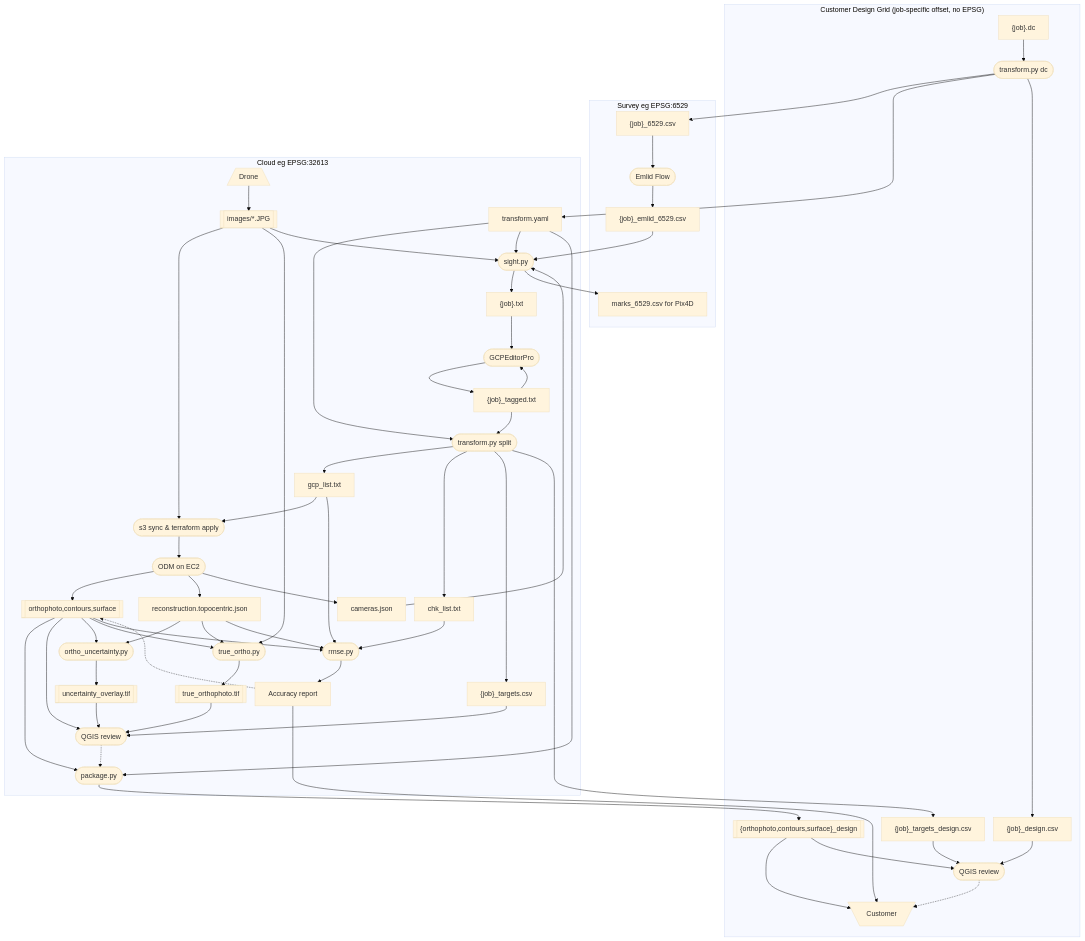
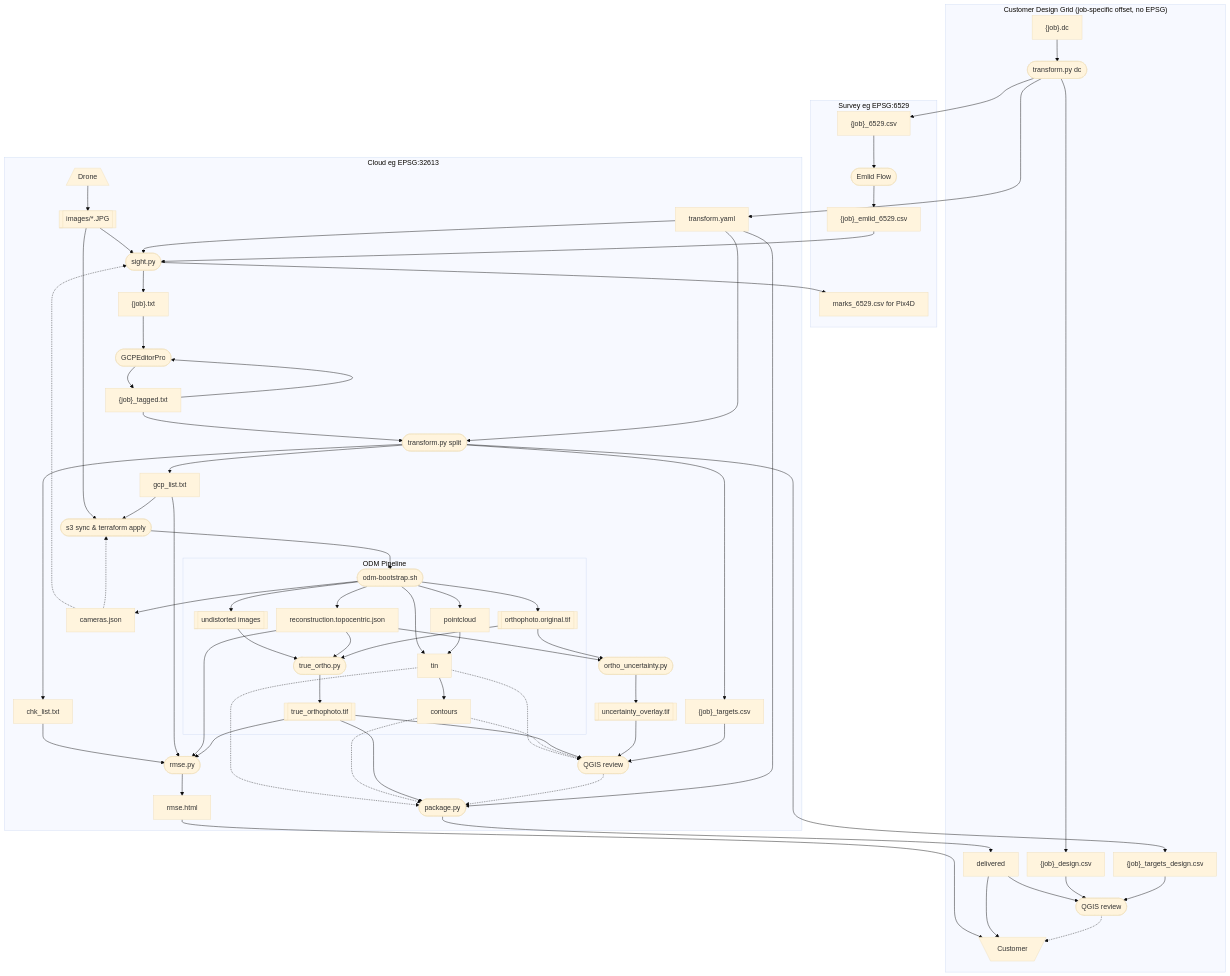
The diagram in docs/odm-workflow.md (jrstear/geo), drawn with Mermaid before and after one commit.

Commit message:
docs: reorganize workflow diagram — ODM Pipeline subgraph, broken-out deliverables
- Added ODM Pipeline subgraph separating ODM internals from post-processing
- Broke deliverables into individual nodes: orthophoto, pointcloud, tin,
  contours, undistorted images, model
- true_ortho inside ODM Pipeline subgraph (runs on EC2 in pipeline)
- rmse, uncertainty, report outside (post-processing, can run locally)
- Dashed edges for aspirational paths (tin/contours → QGIS/packager)
- Renamed nodes: targets→pretag, report→rmse.html, s3 sync→launch_odm
- Added undistorted→true_ortho edge, true_ortho_tif→rmse edge

```diff
--- a/docs/odm-workflow.md
+++ b/docs/odm-workflow.md
@@ -27,19 +27,22 @@
     chk_list["chk_list.txt"]
     targets["{job}_targets.csv"]
     targets_design["{job}_targets_design.csv"]
-    s3(["s3 sync & terraform apply"])
-    odm(["ODM on EC2"])
+    launch_odm(["s3 sync & terraform apply"])
+    odm(["odm-bootstrap.sh"])
     rmse(["rmse.py"])
     true_ortho(["true_ortho.py"])
     uncertainty(["ortho_uncertainty.py"])
     drone[/"Drone"\]
     images[["images/*.JPG"]]
-    deliverables[["orthophoto,contours,surface"]]
+    undistorted[["undistorted images"]]
+    pointcloud
+    tin
+    contours
+    orthophoto[["orthophoto.original.tif"]]
     true_ortho_tif[["true_orthophoto.tif"]]
     uncertainty_tif[["uncertainty_overlay.tif"]]
     packager(["package.py"])
-    delivered[["{orthophoto,contours,surface}_design"]]
-    report["Accuracy report"]
+    report["rmse.html"]
     model["reconstruction.topocentric.json"]
     customer[\"Customer"/]
     qgis_cloud(["QGIS review"])
@@ -66,7 +69,6 @@
         drone
         images
         pretag
-        cameras
         sight
         transform_yaml
         gcpeditor
@@ -75,13 +77,20 @@
         gcp_list
         chk_list
         targets
-        s3
-        odm
-        deliverables
-        model
+	launch_odm
+	subgraph "ODM Pipeline"
+            odm
+            orthophoto
+            pointcloud
+            tin
+            contours
+            model
+	    undistorted
+            true_ortho
+            true_ortho_tif
+	end
+        cameras
         rmse
-        true_ortho
-        true_ortho_tif
         uncertainty
         uncertainty_tif
         report
@@ -89,15 +98,16 @@
         qgis_cloud
     end
 
+    images --> launch_odm
+    launch_odm --> odm
     cust_dc --> extract
     extract --> points_6529
     extract --> transform_yaml
     extract --> points_design
     points_6529 --> emlid
     drone --> images
-    images --> s3
-    images --> true_ortho
     images --> sight
+    undistorted --> true_ortho
     emlid --> all --> sight
     sight --> pretag
     sight --> marks
@@ -111,30 +121,37 @@
     split --> chk_list
     split --> targets
     split --> targets_design
-    gcp_list --> s3
-    s3 --> odm --> deliverables
+    gcp_list --> launch_odm
     odm --> model
+    cameras -.-> sight
+    cameras -.-> launch_odm
+    odm --> undistorted
+    odm --> orthophoto
+    odm --> pointcloud
+    odm --> tin
     odm --> cameras
-    cameras --> sight
+    chk_list --> rmse
     gcp_list --> rmse
-    chk_list --> rmse
     model --> uncertainty
+    model --> rmse
     model --> true_ortho
-    model --> rmse
     rmse --> report
-    deliverables --> packager
-    deliverables --> qgis_cloud
-    deliverables --> uncertainty
-    deliverables --> true_ortho
-    deliverables --> rmse
+    tin -.-> qgis_cloud
+    tin -.-> packager
+    contours -.-> qgis_cloud
+    contours -.-> packager
+    true_ortho_tif --> qgis_cloud
+    true_ortho_tif --> rmse
+    true_ortho_tif --> packager
+    qgis_cloud -.-> packager
+    orthophoto --> uncertainty
+    orthophoto --> true_ortho
     true_ortho --> true_ortho_tif
     uncertainty --> uncertainty_tif
-    true_ortho_tif --> qgis_cloud
+    pointcloud --> tin --> contours
     uncertainty_tif --> qgis_cloud
     transform_yaml --> packager
-    qgis_cloud -.-> packager
     packager --> delivered
-    report -.-> deliverables
     report --> customer
     delivered --> customer
     delivered --> qgis_design
```
